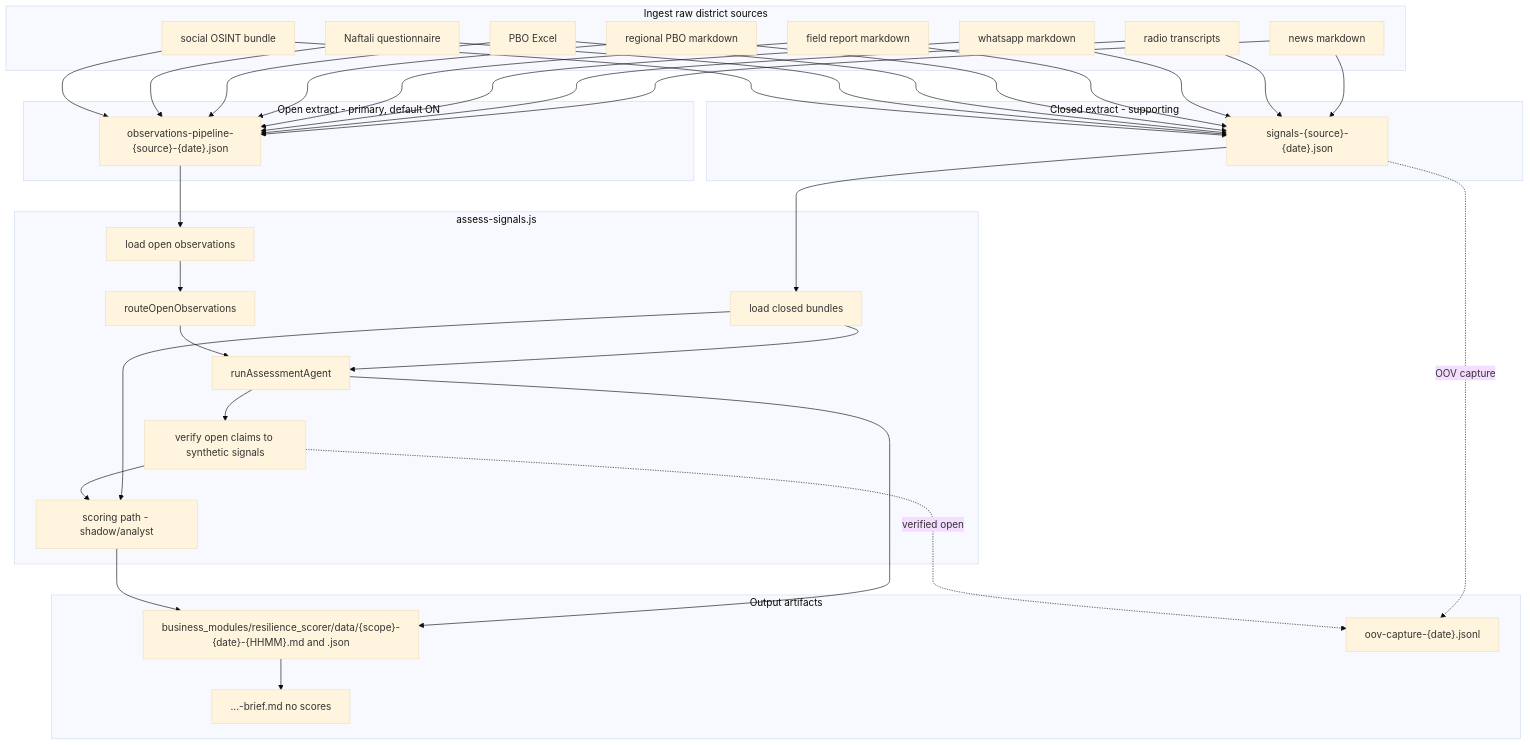
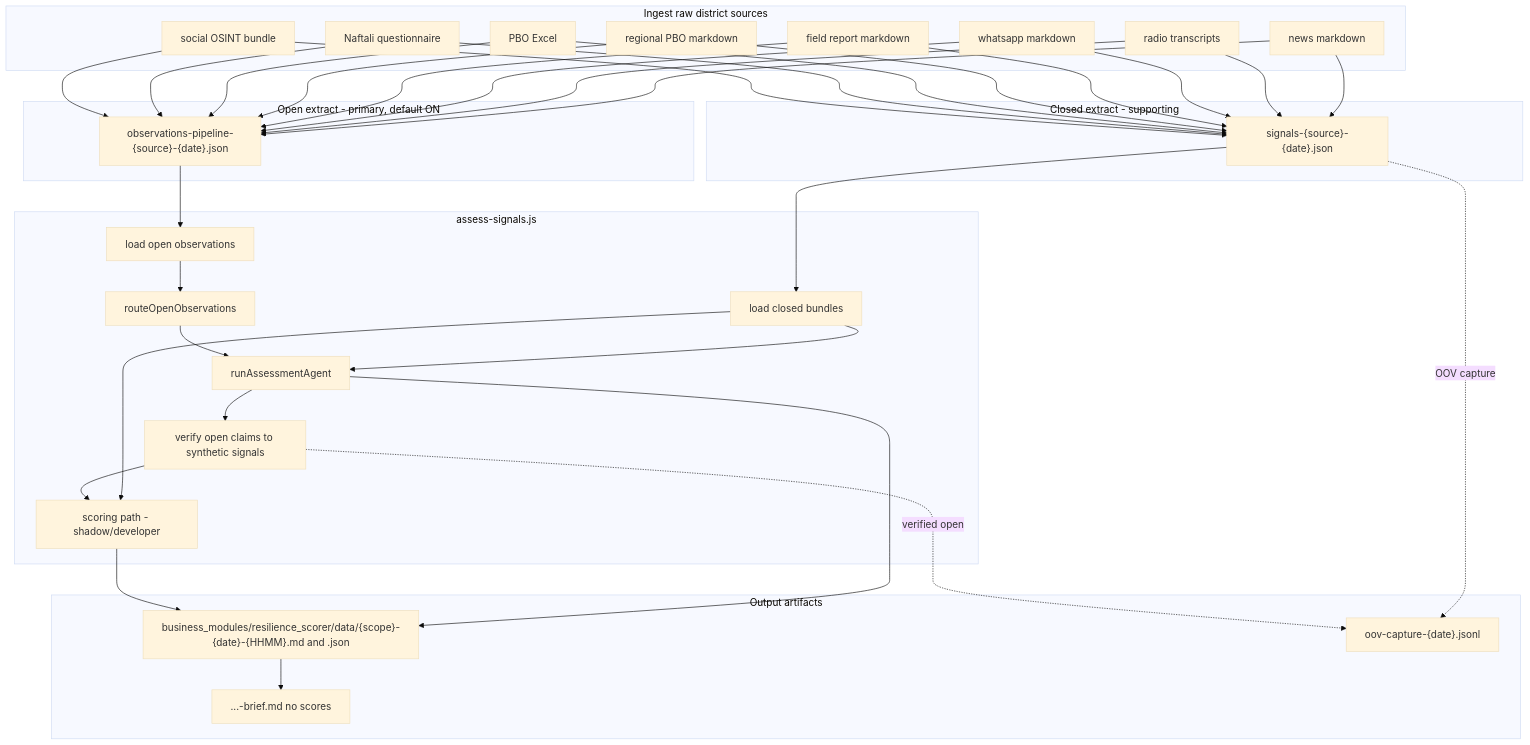
The diagram in docs/updated_main_docs/02-DUAL-PATH-PIPELINE.md (anatolyZader/news-fetch), drawn with Mermaid (base theme) before and after one commit. The commit also changed other lines of this file and 453 other files, not shown here.

First line of the commit message:
Rename operator/analyst to user/developer and ship digest + critique tooling.

````diff
--- a/docs/updated_main_docs/02-DUAL-PATH-PIPELINE.md
+++ b/docs/updated_main_docs/02-DUAL-PATH-PIPELINE.md
@@ -160,52 +160,52 @@
 ```mermaid
 flowchart TD
   subgraph ingest [Ingest raw district sources]
     N[news markdown]
     R[radio transcripts]
     W[whatsapp markdown]
     F[field report markdown]
     S[social OSINT bundle]
     P[PBO Excel]
     RP[regional PBO markdown]
     NF[Naftali questionnaire]
   end
 
   subgraph closed [Closed extract - supporting]
     CS["signals-{source}-{date}.json"]
   end
 
   subgraph open [Open extract - primary, default ON]
     OO["observations-pipeline-{source}-{date}.json"]
   end
 
   subgraph assess [assess-signals.js]
     LB[load closed bundles]
     LO[load open observations]
     RT[routeOpenObservations]
     AG[runAssessmentAgent]
-    SC[scoring path - shadow/analyst]
+    SC[scoring path - shadow/developer]
     VE[verify open claims to synthetic signals]
   end
 
   subgraph out [Output artifacts]
     DR["business_modules/resilience_scorer/data/{scope}-{date}-{HHMM}.md and .json"]
     BR["...-brief.md no scores"]
     OOV["oov-capture-{date}.jsonl"]
   end
 
   N & R & W & F & RP & P & NF & S --> CS
   N & R & W & F & RP & P & NF & S --> OO
   CS --> LB
   OO --> LO
   LO --> RT
   LB --> AG
   RT --> AG
   AG --> VE
   LB --> SC
   VE --> SC
   AG --> DR
   SC --> DR
   DR --> BR
   CS -.OOV capture.-> OOV
   VE -.verified open.-> OOV
 ```
````
